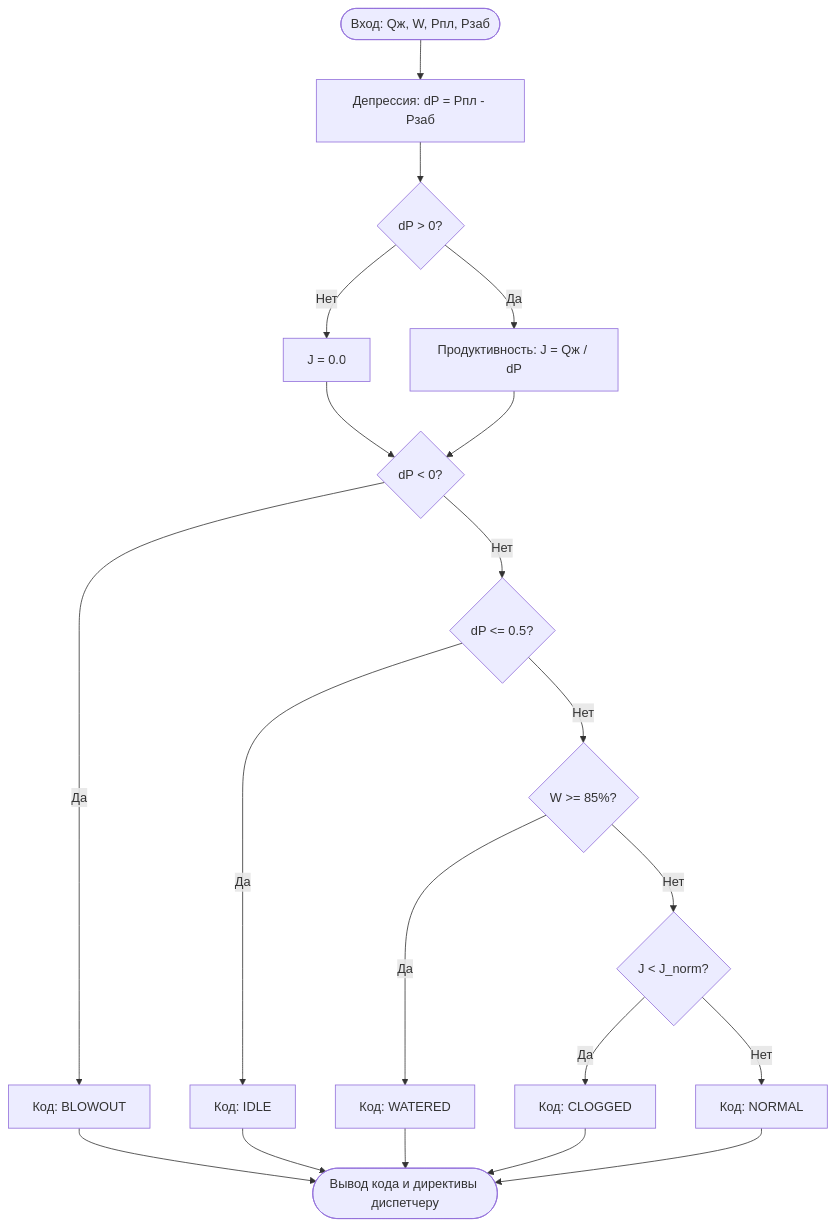
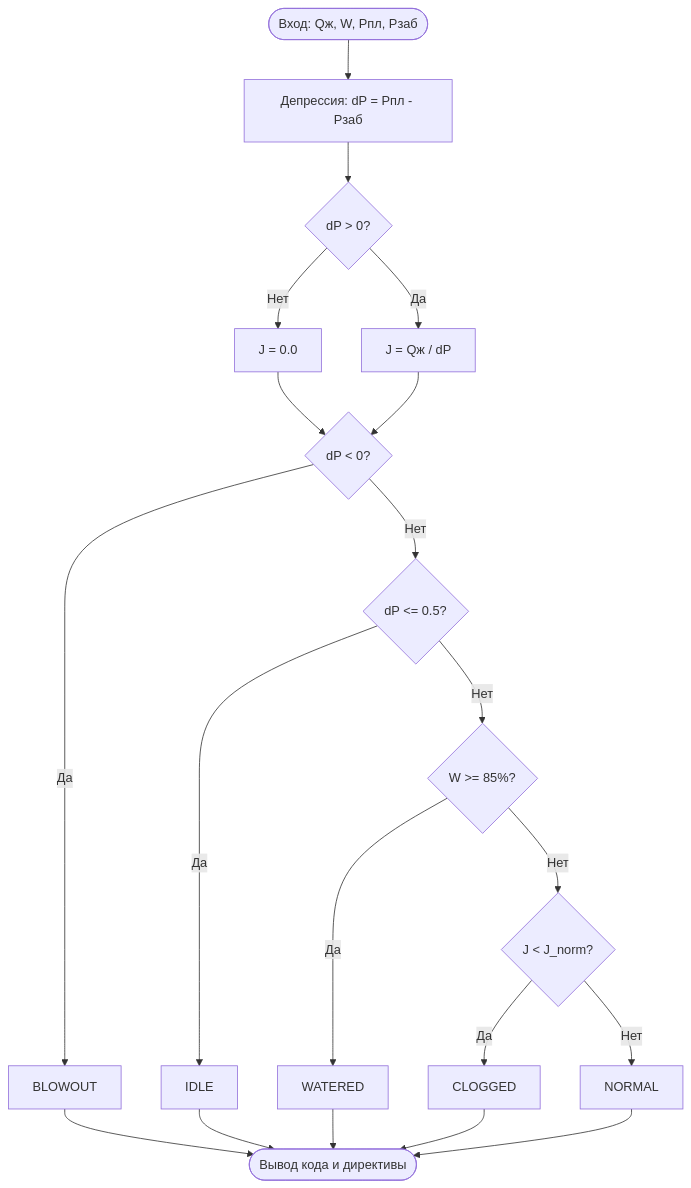
The diagram in README.md (lnlatpva/praktika_pnp), drawn with Mermaid before and after one commit. The commit also changed other lines of this file, not shown here.

````diff
--- a/README.md
+++ b/README.md
@@ -2,22 +35,22 @@
-```mermaid 
-flowchart TD 
-    Start([Вход: Qж, W, Pпл, Pзаб]) --> CalcDP[Депрессия: dP = Pпл - Pзаб] 
-    CalcDP --> CheckDP{dP > 0?} 
-    CheckDP -- Нет --> SetJZero[J = 0.0] 
-    CheckDP -- Да --> CalcJ[Продуктивность: J = Qж / dP] 
-    SetJZero --> Diag1{dP < 0?} 
-    CalcJ --> Diag1 
-    Diag1 -- Да --> CodeBlow[Код: BLOWOUT] 
-    Diag1 -- Нет --> Diag2{dP <= 0.5?} 
-    Diag2 -- Да --> CodeIdle[Код: IDLE] 
-    Diag2 -- Нет --> Diag3{W >= 85%?} 
-    Diag3 -- Да --> CodeWat[Код: WATERED] 
-    Diag3 -- Нет --> Diag4{J < J_norm?} 
-    Diag4 -- Да --> CodeClog[Код: CLOGGED] 
-    Diag4 -- Нет --> CodeNorm[Код: NORMAL] 
-    CodeBlow --> End([Вывод кода и директивы диспетчеру]) 
-    CodeIdle --> End 
-    CodeWat --> End 
-    CodeClog --> End 
-    CodeNorm --> End 
+```mermaid
+flowchart TD
+Start([Вход: Qж, W, Pпл, Pзаб]) --> CalcDP[Депрессия: dP = Pпл - Pзаб]
+CalcDP --> CheckDP{dP > 0?}
+CheckDP -- Нет --> SetJZero[J = 0.0]
+CheckDP -- Да --> CalcJ[J = Qж / dP]
+SetJZero --> Diag1{dP < 0?}
+CalcJ --> Diag1
+Diag1 -- Да --> CodeBlow[BLOWOUT]
+Diag1 -- Нет --> Diag2{dP <= 0.5?}
+Diag2 -- Да --> CodeIdle[IDLE]
+Diag2 -- Нет --> Diag3{W >= 85%?}
+Diag3 -- Да --> CodeWat[WATERED]
+Diag3 -- Нет --> Diag4{J < J_norm?}
+Diag4 -- Да --> CodeClog[CLOGGED]
+Diag4 -- Нет --> CodeNorm[NORMAL]
+CodeBlow --> End([Вывод кода и директивы])
+CodeIdle --> End
+CodeWat --> End
+CodeClog --> End
+CodeNorm --> End
 ```
````
